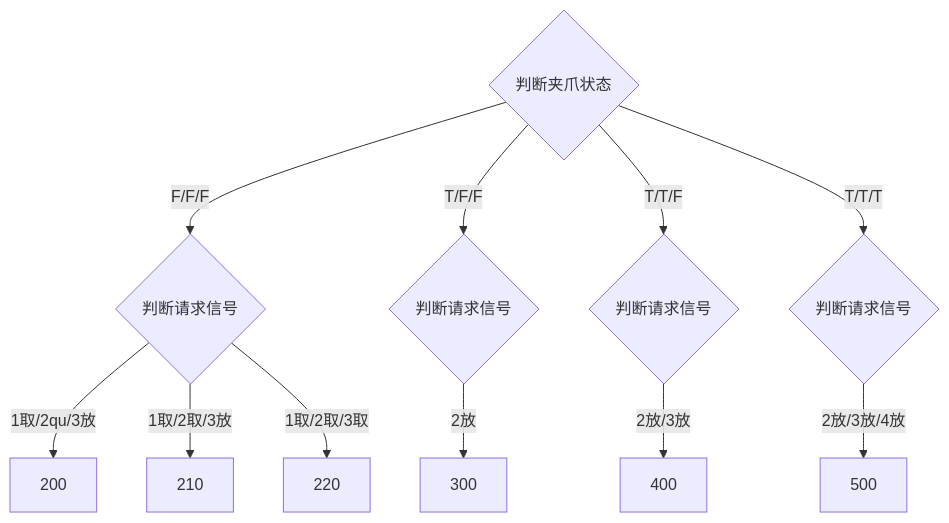
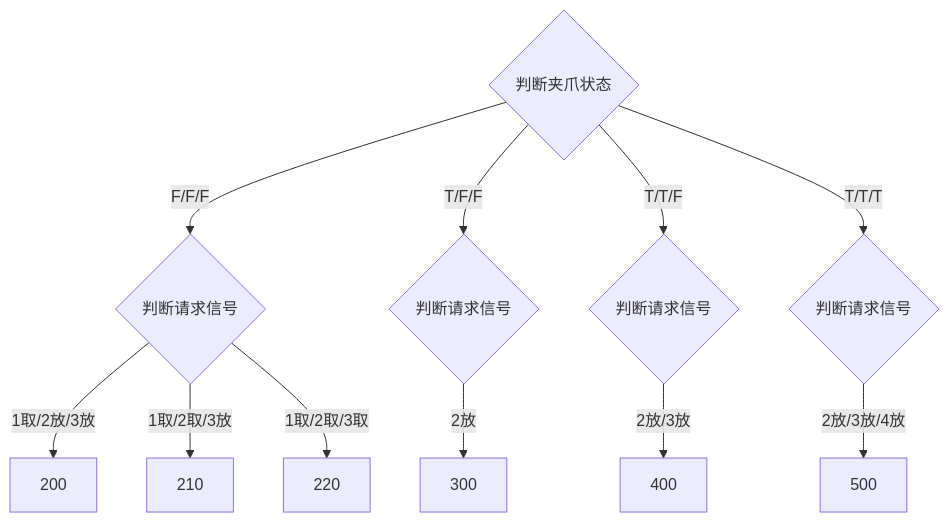
One commit to zmq000/iodraw-files changed the diagram in all/未命名.md. Above: the diagram before and after it, drawn with Mermaid.

Commit message:
2026-06-18 15:46:41 update

````diff
--- a/all/未命名.md
+++ b/all/未命名.md
@@ -1,14 +1,14 @@
 ```mermaid
 graph TD
 10{判断夹爪状态}-->|F/F/F|20
 10-->|T/F/F|30
 10-->|T/T/F|40
 10-->|T/T/T|50
 
-20{判断请求信号}-->|1取/2qu/3放|200
+20{判断请求信号}-->|1取/2放/3放|200
 20-->|1取/2取/3放|210
 20-->|1取/2取/3取|220
 30{判断请求信号}-->|2放|300
 40{判断请求信号}-->|2放/3放|400
 50{判断请求信号}-->|2放/3放/4放|500
 ```
````
